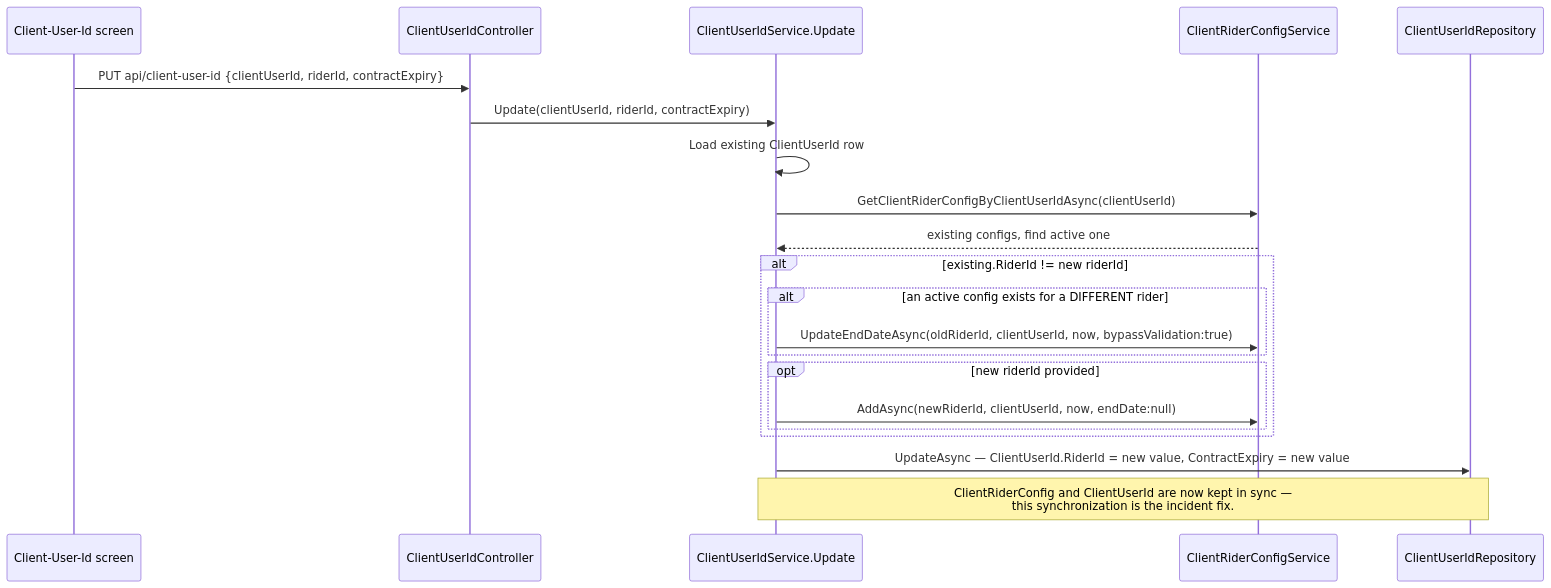
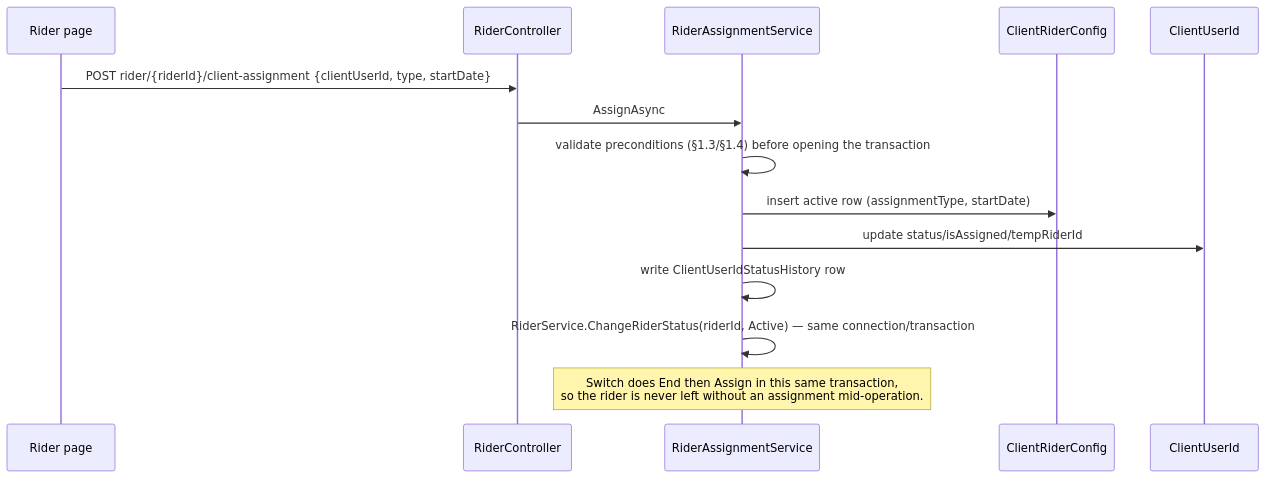
The second of 5 diagrams in docs/client-clientuserid-mapping.md (dev-sankar03/CAG.Admin.Docs), drawn with Mermaid before and after one commit. The commit also changed other lines of this file and 3 other files, not shown here.

First line of the commit message:
Document the Client User ID assignment rework

````diff
--- a/docs/client-clientuserid-mapping.md
+++ b/docs/client-clientuserid-mapping.md
@@ -74,24 +105,17 @@
 ```mermaid
 sequenceDiagram
-    participant UI as Client-User-Id screen
-    participant CUC as ClientUserIdController
-    participant CUS as ClientUserIdService.Update
-    participant CRCS as ClientRiderConfigService
-    participant Repo as ClientUserIdRepository
+    participant UI as Rider page
+    participant RC as RiderController
+    participant RAS as RiderAssignmentService
+    participant CRC as ClientRiderConfig
+    participant CUI as ClientUserId
 
-    UI->>CUC: PUT api/client-user-id {clientUserId, riderId, contractExpiry}
-    CUC->>CUS: Update(clientUserId, riderId, contractExpiry)
-    CUS->>CUS: Load existing ClientUserId row
-    CUS->>CRCS: GetClientRiderConfigByClientUserIdAsync(clientUserId)
-    CRCS-->>CUS: existing configs, find active one
-    alt existing.RiderId != new riderId
-        alt an active config exists for a DIFFERENT rider
-            CUS->>CRCS: UpdateEndDateAsync(oldRiderId, clientUserId, now, bypassValidation:true)
-        end
-        opt new riderId provided
-            CUS->>CRCS: AddAsync(newRiderId, clientUserId, now, endDate:null)
-        end
-    end
-    CUS->>Repo: UpdateAsync — ClientUserId.RiderId = new value, ContractExpiry = new value
-    Note over CUS,Repo: ClientRiderConfig and ClientUserId are now kept in sync —<br/>this synchronization is the incident fix.
+    UI->>RC: POST rider/{riderId}/client-assignment {clientUserId, type, startDate}
+    RC->>RAS: AssignAsync
+    RAS->>RAS: validate preconditions (§1.3/§1.4) before opening the transaction
+    RAS->>CRC: insert active row (assignmentType, startDate)
+    RAS->>CUI: update status/isAssigned/tempRiderId
+    RAS->>RAS: write ClientUserIdStatusHistory row
+    RAS->>RAS: RiderService.ChangeRiderStatus(riderId, Active) — same connection/transaction
+    Note over RAS: Switch does End then Assign in this same transaction,<br/>so the rider is never left without an assignment mid-operation.
 ```
````
